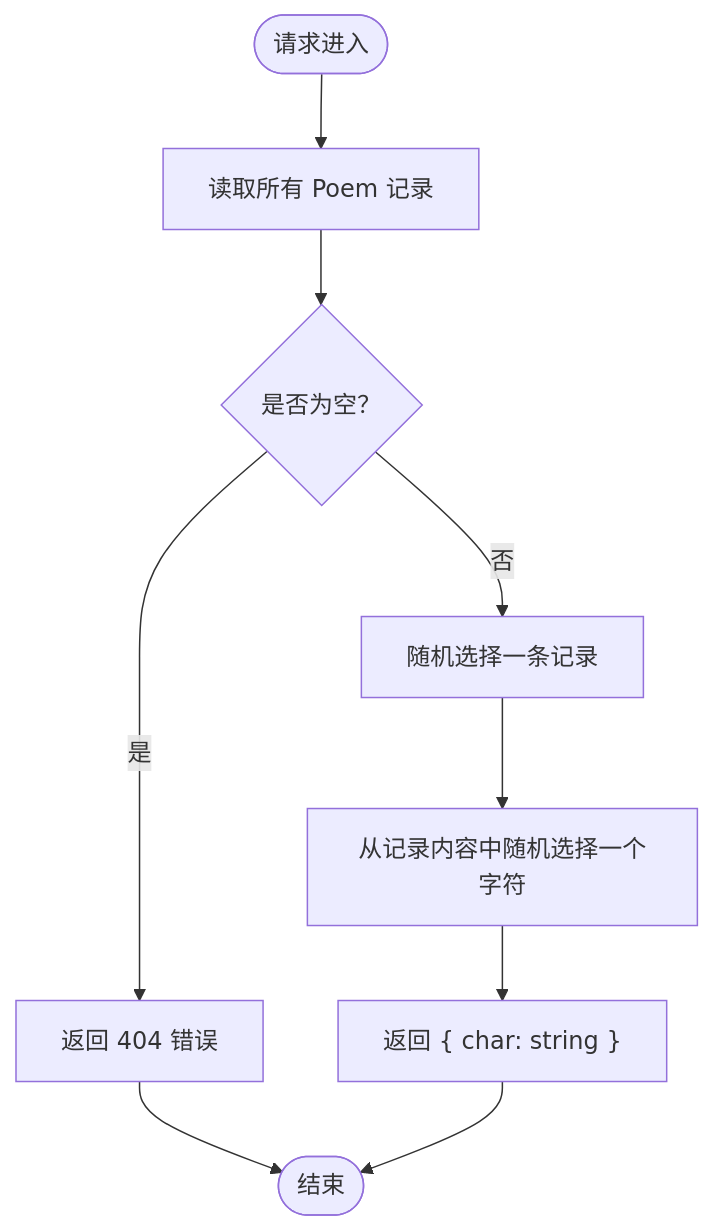
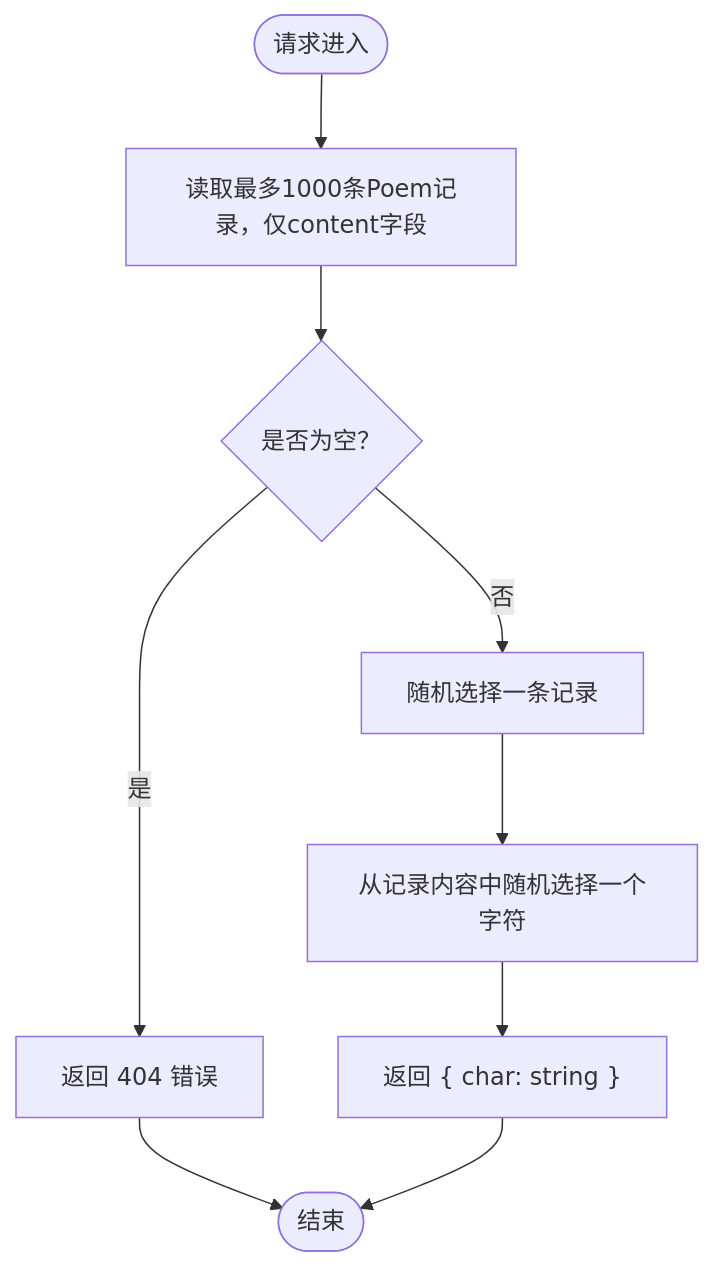
The third of 6 diagrams in .qoder/repowiki/zh/content/API接口文档/获取随机令字接口.md (iazrael/feihua-ling), drawn with Mermaid before and after one commit. The commit also changed other lines of this file and 10 other files, not shown here.

````diff
--- a/.qoder/repowiki/zh/content/API接口文档/获取随机令字接口.md
+++ b/.qoder/repowiki/zh/content/API接口文档/获取随机令字接口.md
@@ -97,11 +110,11 @@
 ```mermaid
 flowchart TD
-Start(["请求进入"]) --> Load["读取所有 Poem 记录"]
+Start(["请求进入"]) --> Load["读取最多1000条Poem记录，仅content字段"]
 Load --> Empty{"是否为空？"}
 Empty --> |是| NotFound["返回 404 错误"]
 Empty --> |否| PickPoem["随机选择一条记录"]
 PickPoem --> PickChar["从记录内容中随机选择一个字符"]
 PickChar --> Return["返回 { char: string }"]
 NotFound --> End(["结束"])
 Return --> End
 ```
````
